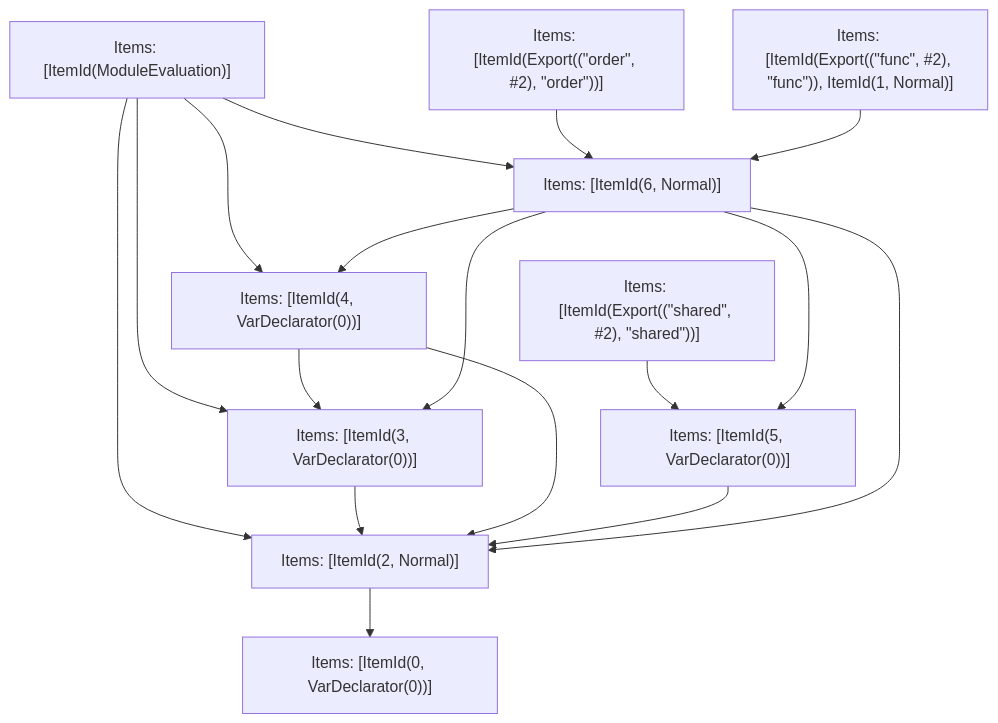
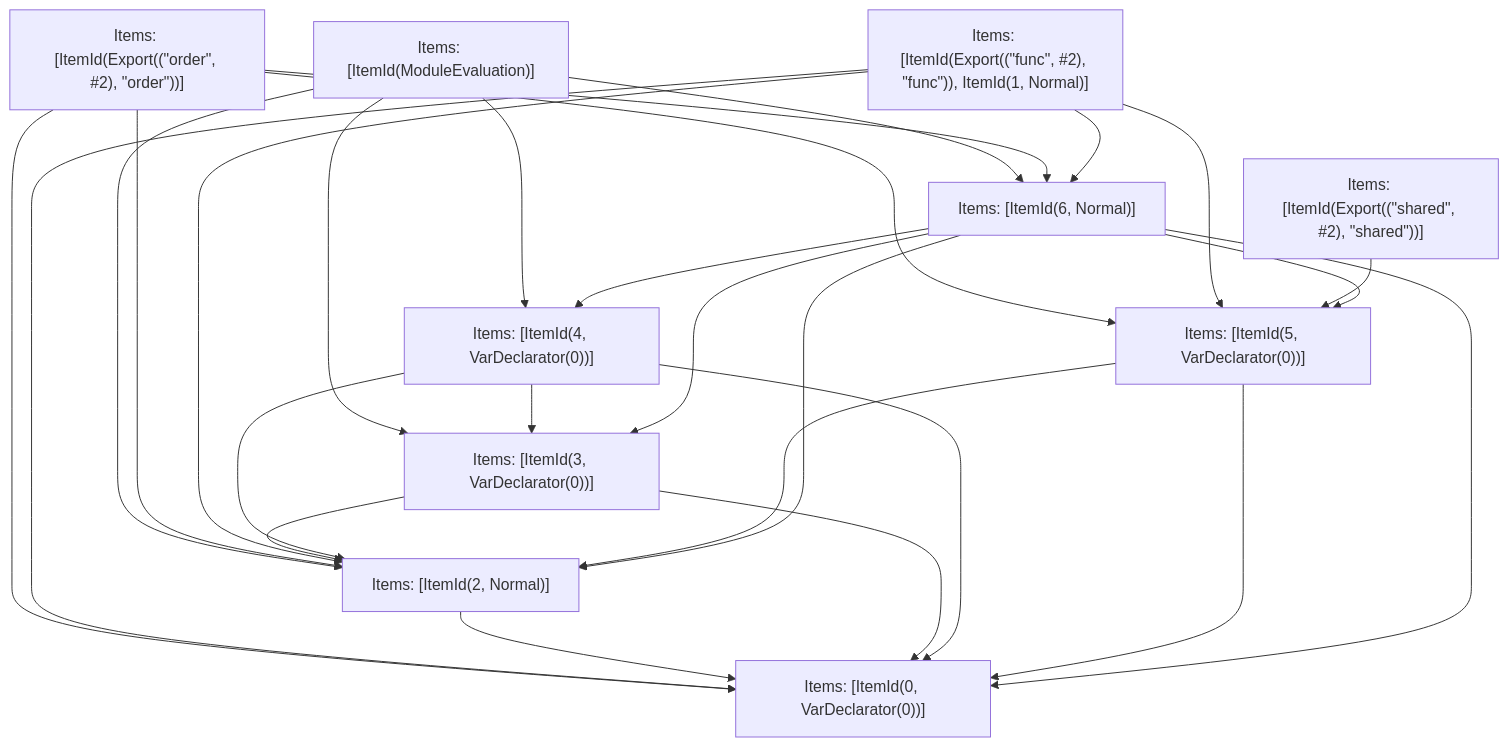
Before and after one commit to vercel/turborepo: the fifth of 5 diagrams in crates/turbopack-ecmascript/tests/tree-shaker/analyzer/write-order/output.md, drawn with Mermaid. The commit also changed other lines of this file and 20 other files, not shown here.

````diff
--- a/crates/turbopack-ecmascript/tests/tree-shaker/analyzer/write-order/output.md
+++ b/crates/turbopack-ecmascript/tests/tree-shaker/analyzer/write-order/output.md
@@ -200,29 +233,39 @@
 ```mermaid
 graph TD
     N0["Items: [ItemId(ModuleEvaluation)]"];
     N1["Items: [ItemId(Export((&quot;order&quot;, #2), &quot;order&quot;))]"];
     N2["Items: [ItemId(Export((&quot;func&quot;, #2), &quot;func&quot;)), ItemId(1, Normal)]"];
     N3["Items: [ItemId(Export((&quot;shared&quot;, #2), &quot;shared&quot;))]"];
     N4["Items: [ItemId(0, VarDeclarator(0))]"];
     N5["Items: [ItemId(2, Normal)]"];
     N6["Items: [ItemId(3, VarDeclarator(0))]"];
     N7["Items: [ItemId(4, VarDeclarator(0))]"];
     N8["Items: [ItemId(5, VarDeclarator(0))]"];
     N9["Items: [ItemId(6, Normal)]"];
     N0 --> N5;
     N0 --> N6;
     N0 --> N7;
     N0 --> N9;
+    N1 --> N4;
+    N1 --> N5;
+    N1 --> N8;
     N1 --> N9;
+    N2 --> N4;
+    N2 --> N5;
+    N2 --> N8;
     N2 --> N9;
     N3 --> N8;
     N5 --> N4;
     N6 --> N5;
+    N6 --> N4;
     N7 --> N5;
     N7 --> N6;
+    N7 --> N4;
+    N8 --> N4;
     N8 --> N5;
+    N9 --> N4;
+    N9 --> N5;
     N9 --> N8;
-    N9 --> N5;
     N9 --> N6;
     N9 --> N7;
 ```
````
